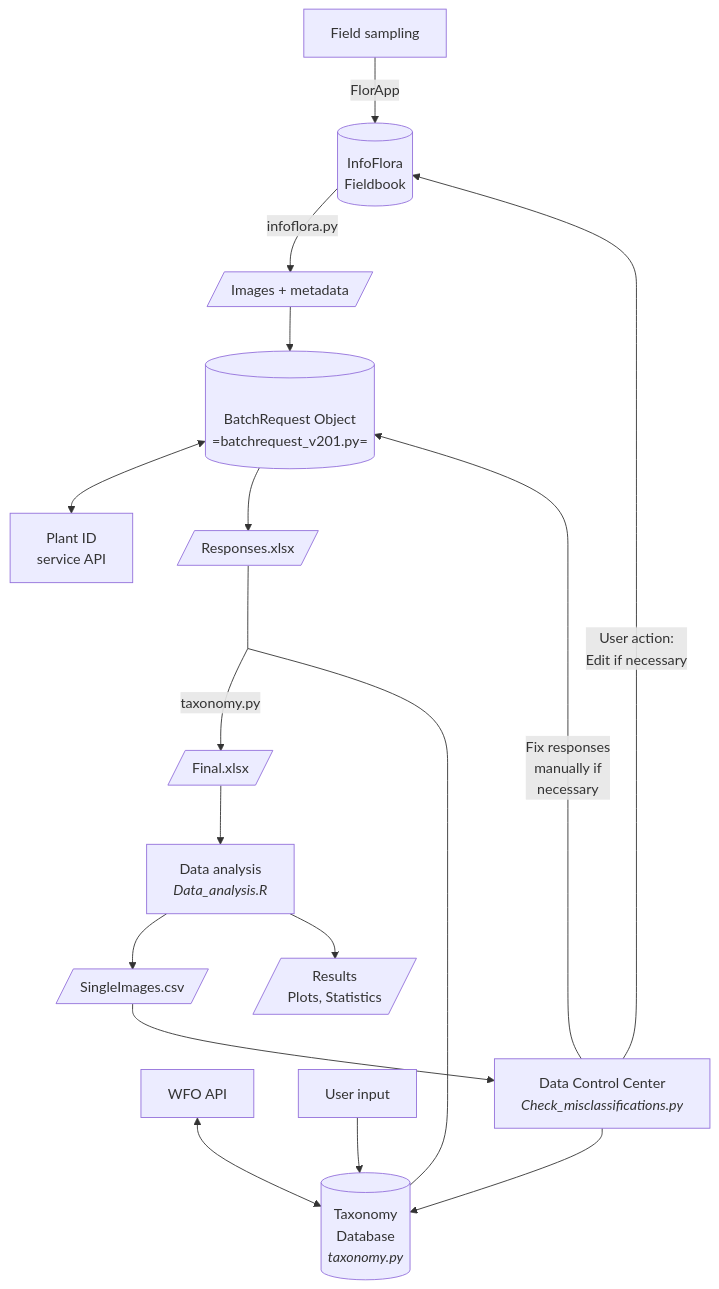
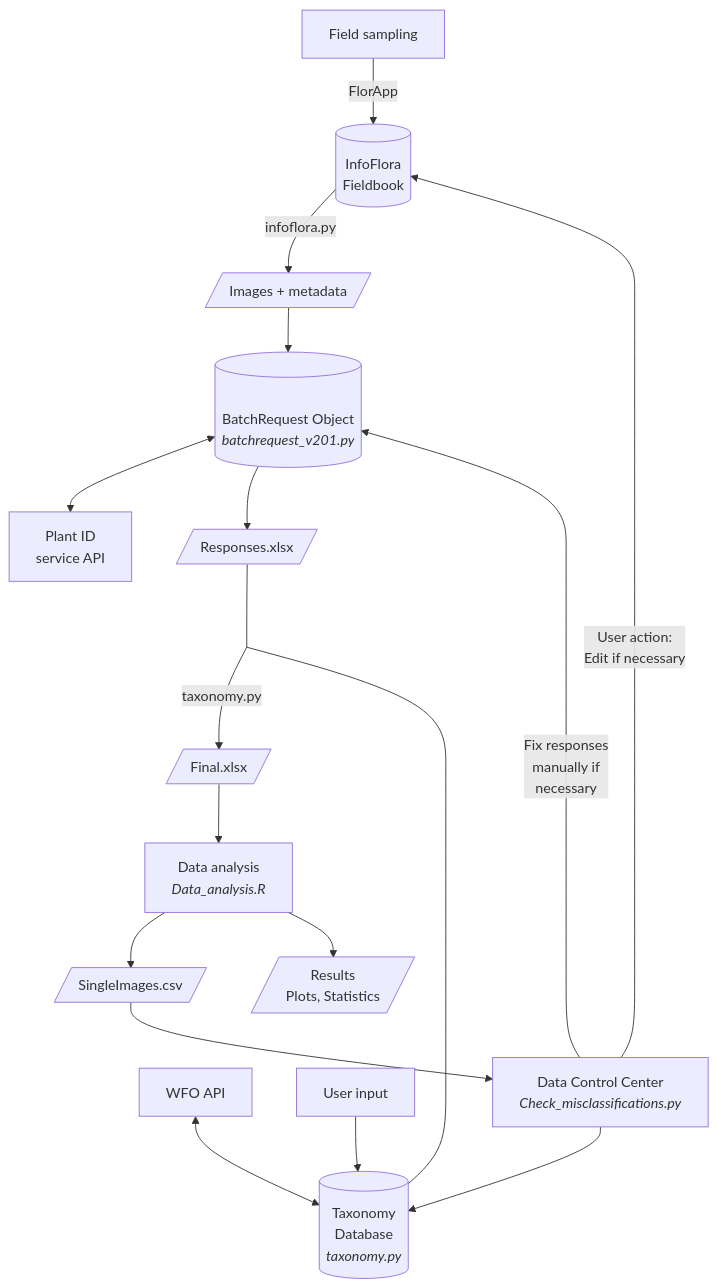
One commit to ManuelPopp/SwissPlantCV changed the diagram in README.md. Above: the diagram before and after it, drawn with Mermaid.

````diff
--- a/README.md
+++ b/README.md
@@ -5,21 +5,21 @@
 ```mermaid
 graph TD
     A[Field sampling] --> |FlorApp| B[(InfoFlora<br>Fieldbook)]
     B --> |infoflora.py| C[/Images + metadata/]
-    D[(<br>BatchRequest Object<br>=batchrequest_v201.py=)] <--> E[Plant ID<br>service API]
+    D[(<br>BatchRequest Object<br><i>batchrequest_v201.py</i>)] <--> E[Plant ID<br>service API]
     C --> D
     D --> F[/Responses.xlsx/]
     F --- G[ ]:::empty
     G --> |"taxonomy.py"| H[/Final.xlsx/]
     I[WFO API] <--> J[(Taxonomy<br>Database<br><i>taxonomy.py</i>)]
     K[User input] --> J
     J --- G
     H --> X[Data analysis<br><i>Data_analysis.R</i>]
     X --> L[/SingleImages.csv/]
     L --> M[Data Control Center<br><i>Check_misclassifications.py</i>]
     M --> J
     M --> |Fix responses<br>manually if<br>necessary| D
     M --> |User action:<br>Edit if necessary| B
     X --> Z[/Results<br>Plots, Statistics/]
 classDef empty width:0px,height:0px;
 ```
````
